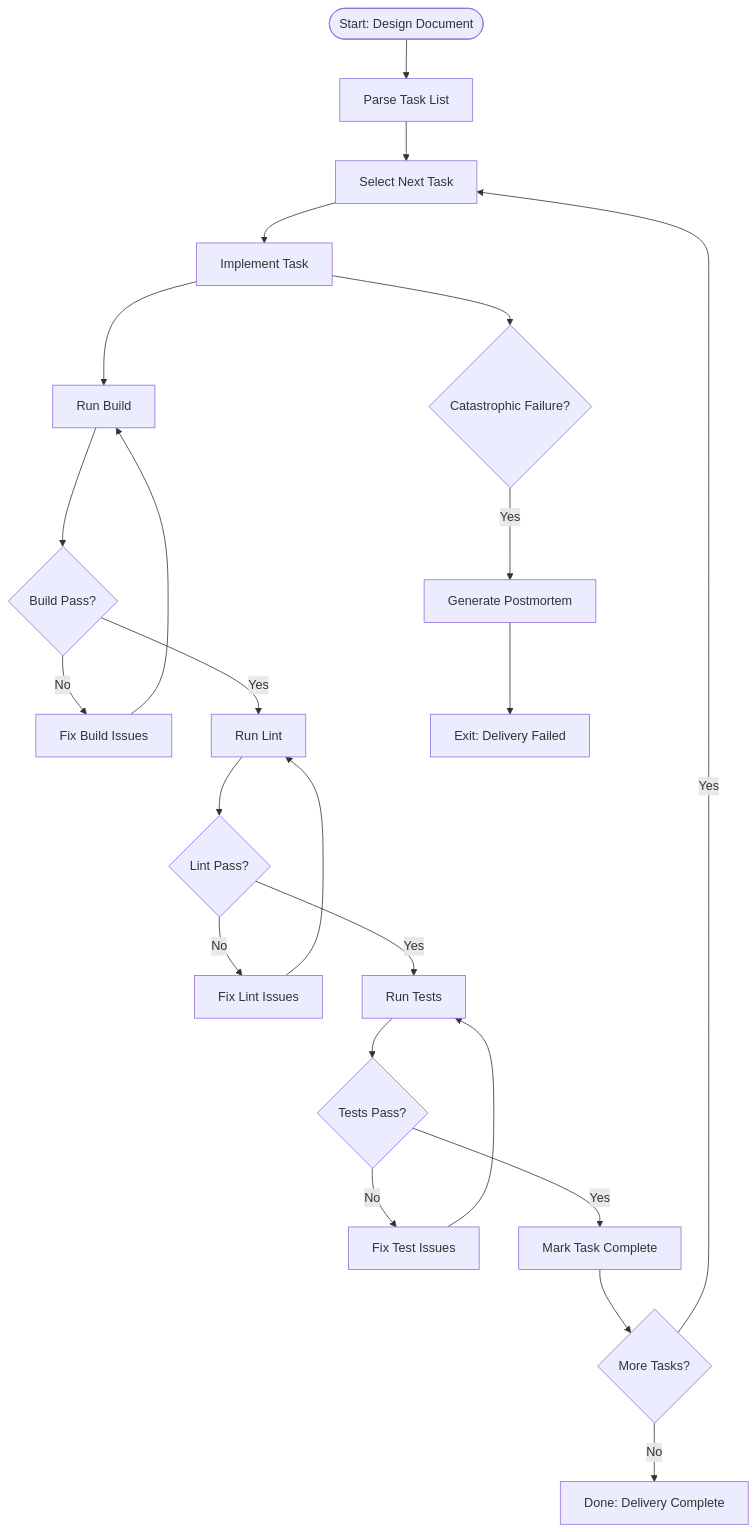
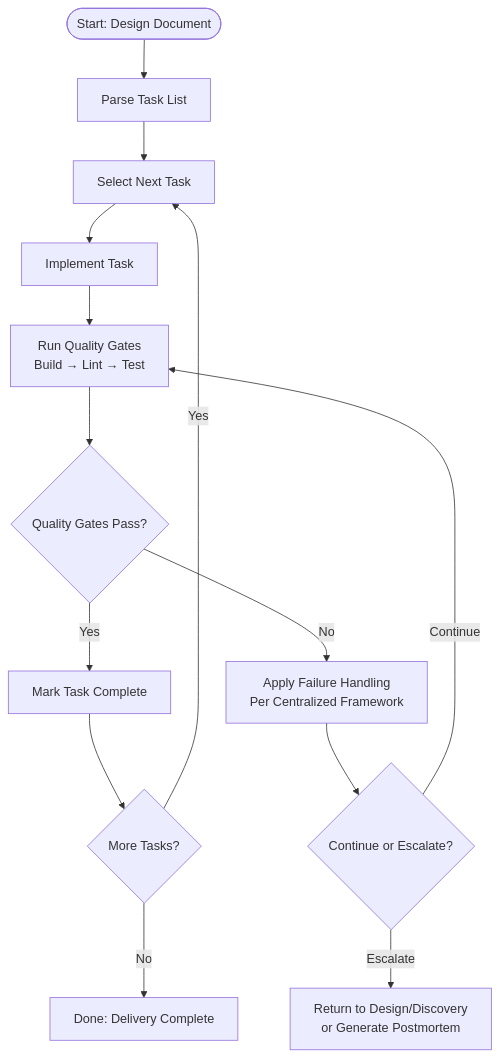
One commit to patrob/3d-strategy changed the diagram in docs/phases/Delivery.md. Above: the diagram before and after it, drawn with Mermaid. The commit also changed other lines of this file and 15 other files, not shown here.

````diff
--- a/docs/phases/Delivery.md
+++ b/docs/phases/Delivery.md
@@ -98,26 +100,16 @@
 ```mermaid
 flowchart TD
-  A([Start: Design Document]) --> C[Parse Task List]
-  C --> D[Select Next Task]
-  D --> E[Implement Task]
-  E --> F[Run Build]
-  F --> G{Build Pass?}
-  G -- No --> H[Fix Build Issues]
-  H --> F
-  G -- Yes --> I[Run Lint]
-  I --> J{Lint Pass?}
-  J -- No --> K[Fix Lint Issues]
-  K --> I
-  J -- Yes --> L[Run Tests]
-  L --> M{Tests Pass?}
-  M -- No --> N[Fix Test Issues]
-  N --> L
-  M -- Yes --> O[Mark Task Complete]
-  O --> P{More Tasks?}
-  P -- Yes --> D
-  P -- No --> Q[Done: Delivery Complete]
-
-  E --> R{Catastrophic Failure?}
-  R -- Yes --> S[Generate Postmortem]
-  S --> T[Exit: Delivery Failed]
+  A([Start: Design Document]) --> B[Parse Task List]
+  B --> C[Select Next Task]
+  C --> D[Implement Task]
+  D --> E[Run Quality Gates<br/>Build → Lint → Test]
+  E --> F{Quality Gates Pass?}
+  F -- Yes --> G[Mark Task Complete]
+  F -- No --> H[Apply Failure Handling<br/>Per Centralized Framework]
+  H --> I{Continue or Escalate?}
+  I -- Continue --> E
+  I -- Escalate --> J[Return to Design/Discovery<br/>or Generate Postmortem]
+  G --> K{More Tasks?}
+  K -- Yes --> C
+  K -- No --> L[Done: Delivery Complete]
 ```
````
